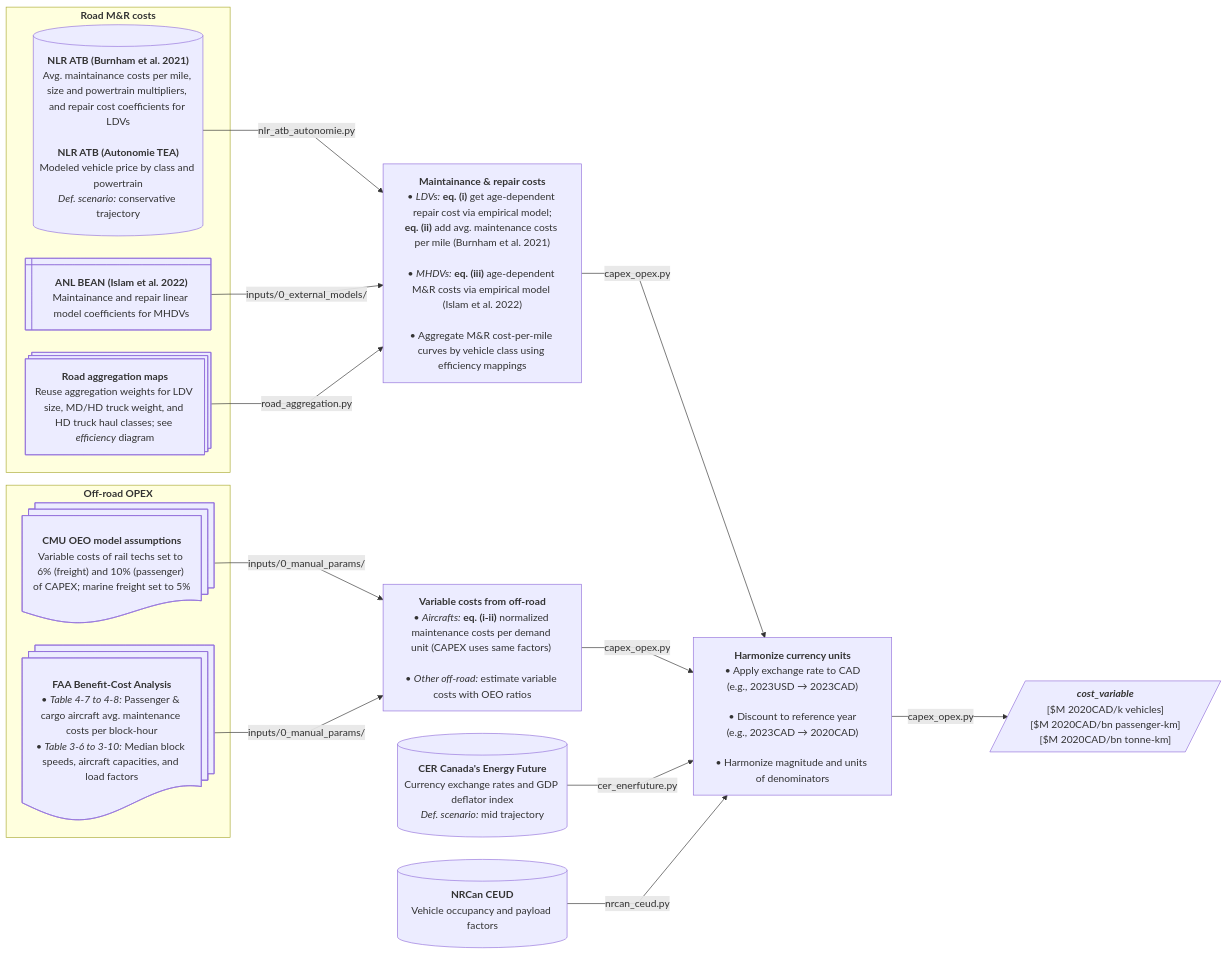
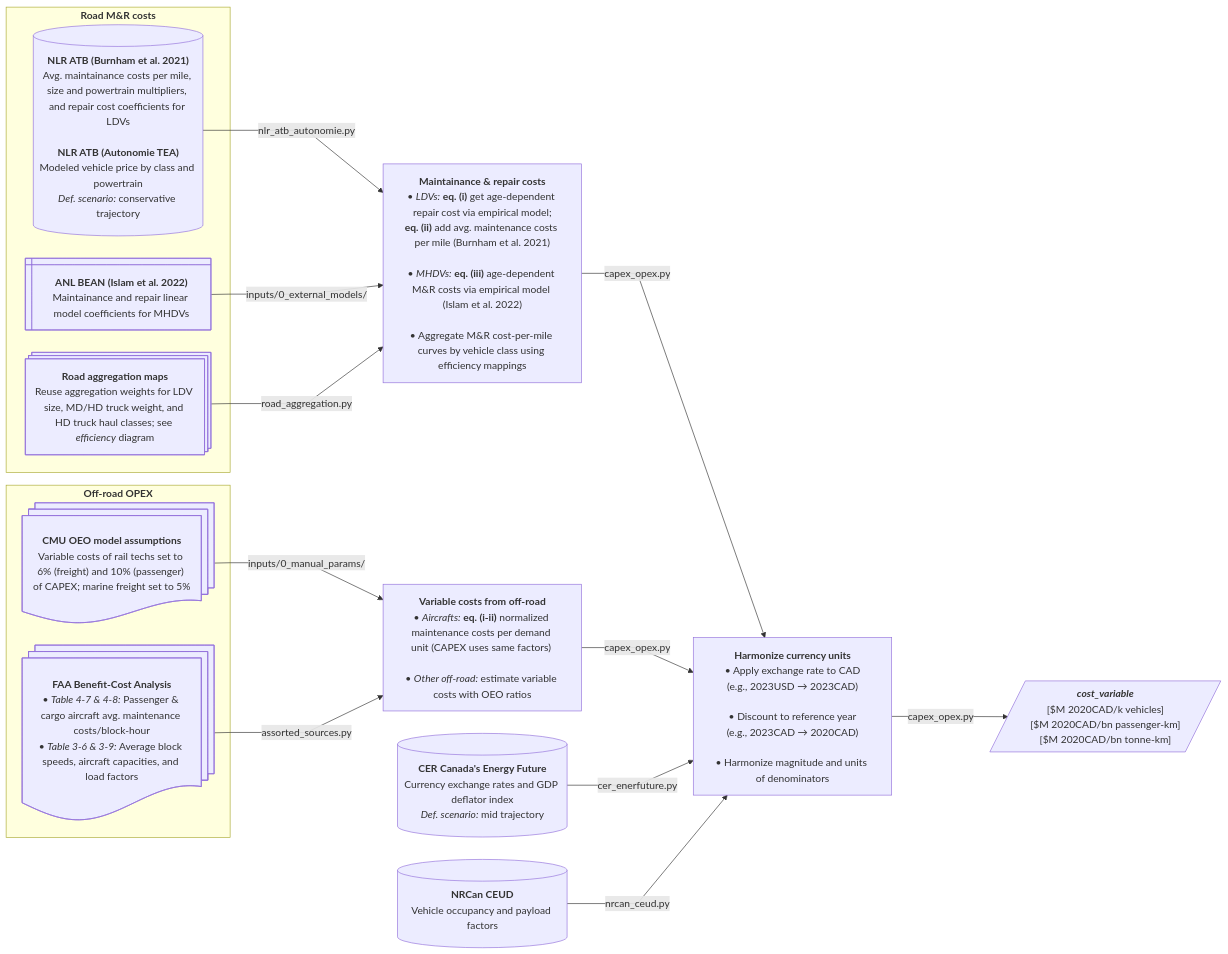
The eighth of 8 diagrams in docs/etl_flowcharts.md (CANOE-main/canoe-transportation), drawn with Mermaid before and after one commit. The commit also changed other lines of this file and 63 other files, not shown here.

````diff
--- a/docs/etl_flowcharts.md
+++ b/docs/etl_flowcharts.md
@@ -434,53 +472,54 @@
 ```mermaid
 ---
 config:
   layout: dagre
   flowchart:
     nodeSpacing: 35
     rankSpacing: 50
     wrappingWidth: 250
     curve: linear
 ---
 flowchart LR
   subgraph offroad["`**Off-road OPEX**`"]
 	  %% --- Sources ---
 	  s7@{shape: docs, label: "**CMU OEO model assumptions**<br>Variable costs of rail techs set to 6% (freight) and 10% (passenger) of CAPEX; marine freight set to 5%"}
-	  s8@{shape: docs, label: "**FAA Benefit-Cost Analysis**<br>• *Table 4-7 to 4-8:* Passenger & cargo aircraft avg. maintenance costs per block-hour<br>• *Table 3-6 to 3-10:* Median block speeds, aircraft capacities, and load factors"}
+	  s8@{shape: docs, label: "**FAA Benefit-Cost Analysis**<br>• *Table 4-7 & 4-8:* Passenger & cargo aircraft avg. maintenance costs/block-hour<br>• *Table 3-6 & 3-9:* Average block speeds, aircraft capacities, and load factors"}
   end
-	  
+
   %% --- Processes ---
   p3["`**Variable costs from off-road**<br>• *Aircrafts:* **eq. (i-ii)** normalized maintenance costs per demand unit (CAPEX uses same factors) <br><br>• *Other off-road:* estimate variable costs with OEO ratios`"]
-  s7 & s8 -- inputs/0_manual_params/ --> p3
-  
+  s7 -- inputs/0_manual_params/ --> p3
+  s8 -- assorted_sources.py --> p3
+
   subgraph road["`**Road M&R costs**`"]
 	  %% --- Sources ---
 	  s1@{shape: processes, label: "**Road aggregation maps**<br>Reuse aggregation weights for LDV size, MD/HD truck weight, and HD truck haul classes; see *efficiency* diagram"}
 	  s2[("`**NLR ATB (Burnham et al. 2021)**<br>Avg. maintainance costs per mile, size and powertrain multipliers, and repair cost coefficients for LDVs<br><br>**NLR ATB (Autonomie TEA)**<br>Modeled vehicle price by class and powertrain<br>*Def. scenario:* conservative trajectory`")]
 	  s3@{shape: win-pane, label: "**ANL BEAN (Islam et al. 2022)**<br>Maintainance and repair linear model coefficients for MHDVs"}
   end
-	  
+
   %% --- Processes ---
   p2["`**Maintainance & repair costs**<br>• *LDVs:* **eq. (i)** get age-dependent repair cost via empirical model;<br>**eq. (ii)** add avg. maintenance costs per mile (Burnham et al. 2021)<br><br>• *MHDVs:* **eq. (iii)** age-dependent M&R costs via empirical model (Islam et al. 2022)<br><br>• Aggregate M&R cost-per-mile curves by vehicle class using efficiency mappings`"]
   s2 -- nlr_atb_autonomie.py --> p2
   s3 -- inputs/0_external_models/ --> p2
   s1 -- road_aggregation.py --> p2
-  
+
   s0[("`**CER Canada's Energy Future**<br>Currency exchange rates and GDP deflator index<br>*Def. scenario:* mid trajectory`")]
   s9[("`**NRCan CEUD**<br>Vehicle occupancy and payload factors`")]
   p4["`**Harmonize currency units**<br>• Apply exchange rate to CAD<br>(e.g., 2023USD → 2023CAD)<br><br>• Discount to reference year<br>(e.g., 2023CAD → 2020CAD)<br><br>• Harmonize magnitude and units of denominators`"]
   p2 -- capex_opex.py --> p4
   p3 -- capex_opex.py --> p4
   s0 -- cer_enerfuture.py --> p4
   s9 -- nrcan_ceud.py --> p4
 
   p4 -- capex_opex.py --> o1[/"`***cost_variable***<br>[$M 2020CAD/k vehicles]<br>[$M 2020CAD/bn passenger-km]<br>[$M 2020CAD/bn tonne-km]`"/]
 
   %% --- Hyperlinks ---
   click s9 "https://oee.nrcan.gc.ca/corporate/statistics/neud/dpa/menus/trends/comprehensive_tables/list.cfm"
   click s8 "https://www.faa.gov/regulations_policies/policy_guidance/benefit_cost"
   click s7 "https://github.com/TemoaProject/oeo/blob/master/database_documentation/TransportationSector.ipynb"
   click s2 "https://atb.nlr.gov/transportation/2024/data"
   click s2_2 "https://anl.app.box.com/s/an4nx0v2xpudxtpsnkhd5peimzu4j1hk/folder/242640145714"
   click s0 "https://open.canada.ca/data/en/dataset/07c42deb-9435-43b9-a416-7ce316f3893d"
   click s3 "https://vms.taps.anl.gov/research-highlights/vehicle-technologies/u-s-doe-vto-hfto-r-d-benefits/"
 ```
````
